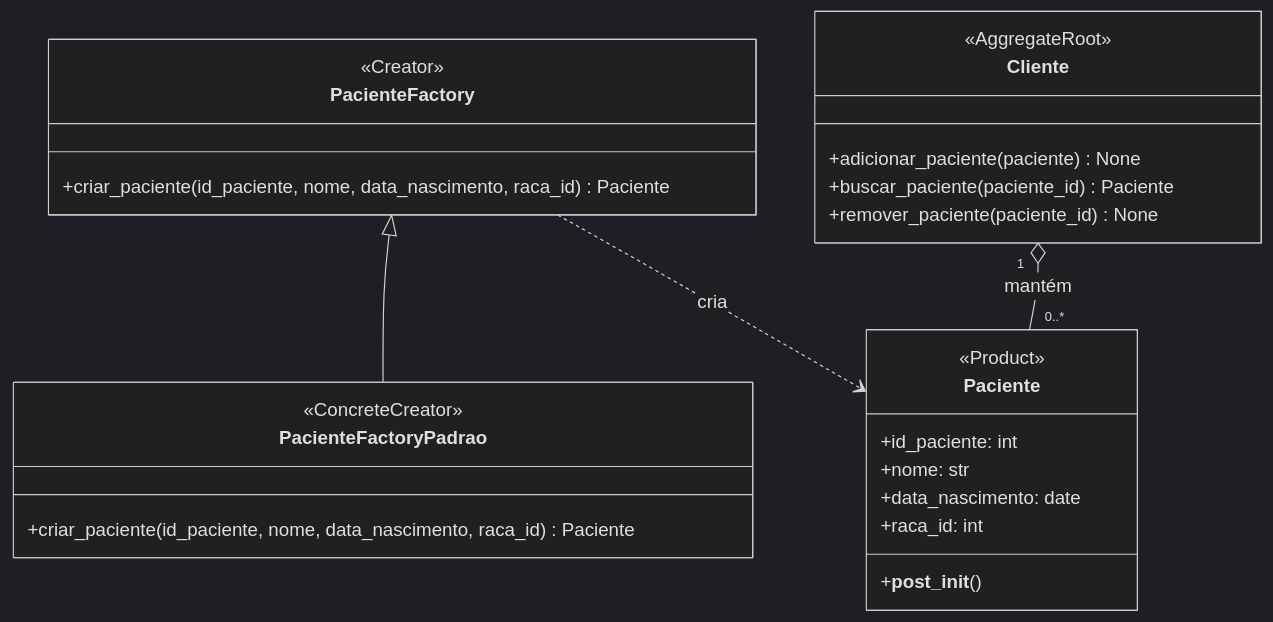
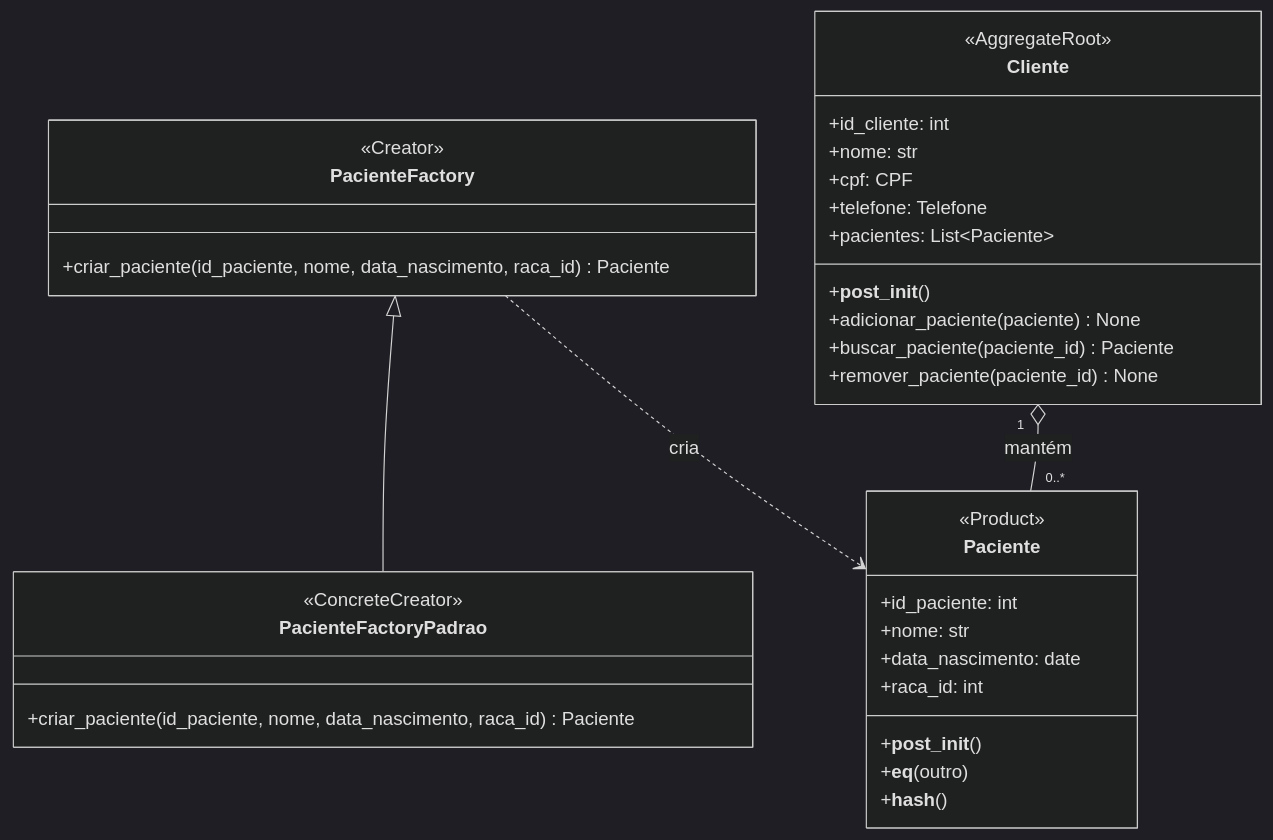
Before and after one commit to Laslest/Sistema-Veterinario: the second of 2 diagrams in docs/gof.md, drawn with Mermaid (dark theme).

Commit message:
docs: aprimora diagrama do Factory Method do agregado Cliente / Paciente

````diff
--- a/docs/gof.md
+++ b/docs/gof.md
@@ -147,32 +147,40 @@
 ```mermaid
 classDiagram
     class PacienteFactory {
         <<Creator>>
         +criar_paciente(id_paciente, nome, data_nascimento, raca_id) Paciente
     }
 
     class PacienteFactoryPadrao {
         <<ConcreteCreator>>
         +criar_paciente(id_paciente, nome, data_nascimento, raca_id) Paciente
     }
 
     class Paciente {
         <<Product>>
         +id_paciente: int
         +nome: str
         +data_nascimento: date
         +raca_id: int
         +__post_init__()
+        +__eq__(outro)
+        +__hash__()
     }
 
     class Cliente {
         <<AggregateRoot>>
+        +id_cliente: int
+        +nome: str
+        +cpf: CPF
+        +telefone: Telefone
+        +pacientes: List~Paciente~
+        +__post_init__()
         +adicionar_paciente(paciente) None
         +buscar_paciente(paciente_id) Paciente
         +remover_paciente(paciente_id) None
     }
 
     PacienteFactory <|-- PacienteFactoryPadrao
     PacienteFactory ..> Paciente : cria
     Cliente "1" o-- "0..*" Paciente : mantém
 ```
````
